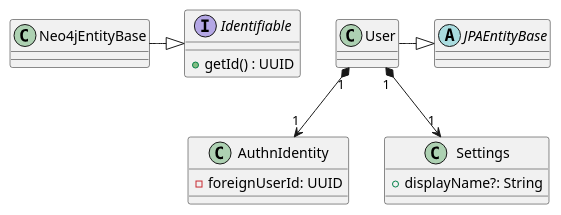
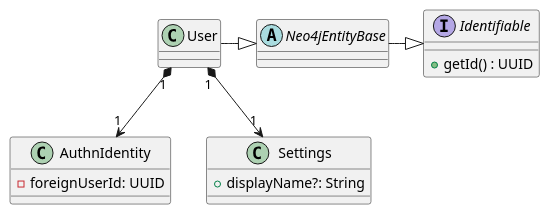
Before and after one commit to xenoterracide/iw-pm-backend: the diagram in user.puml, drawn with PlantUML.

Commit message:
rename class

```diff
--- a/user.puml
+++ b/user.puml
@@ -1,21 +1,21 @@
 @startuml
 interface Identifiable {
    +getId() : UUID
 }
 
-abstract JPAEntityBase
+abstract Neo4jEntityBase
 
 class AuthnIdentity {
     -foreignUserId: UUID
 }
 
 class Settings {
     +displayName?: String
 }
 
 Neo4jEntityBase -|> Identifiable
-User -|> JPAEntityBase
+User -|> Neo4jEntityBase
 
 User "1" *--> "1" AuthnIdentity
 User "1" *--> "1" Settings
 @enduml
```
